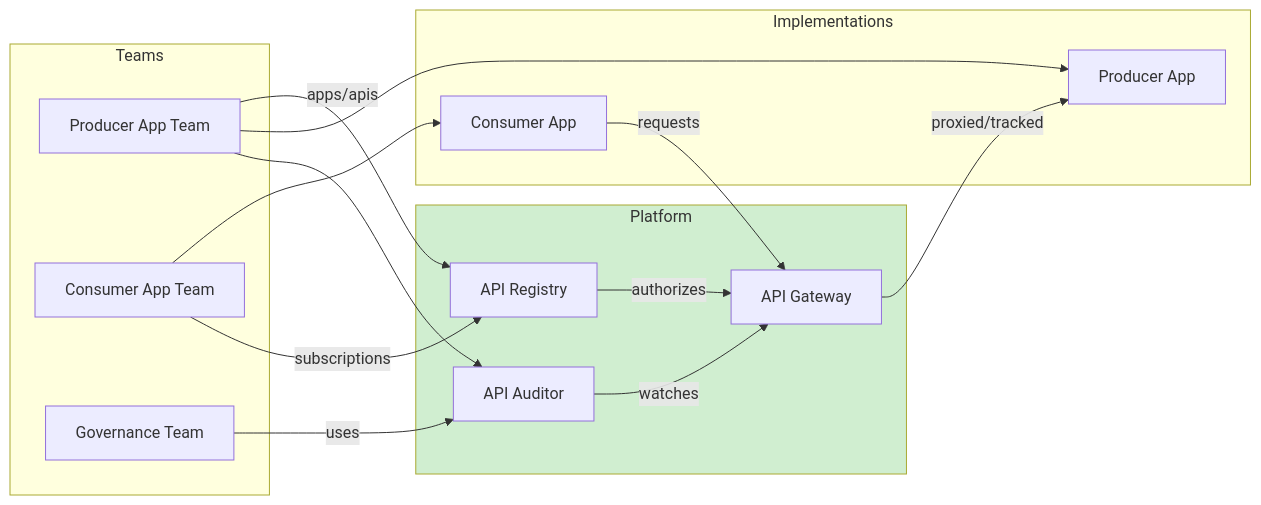
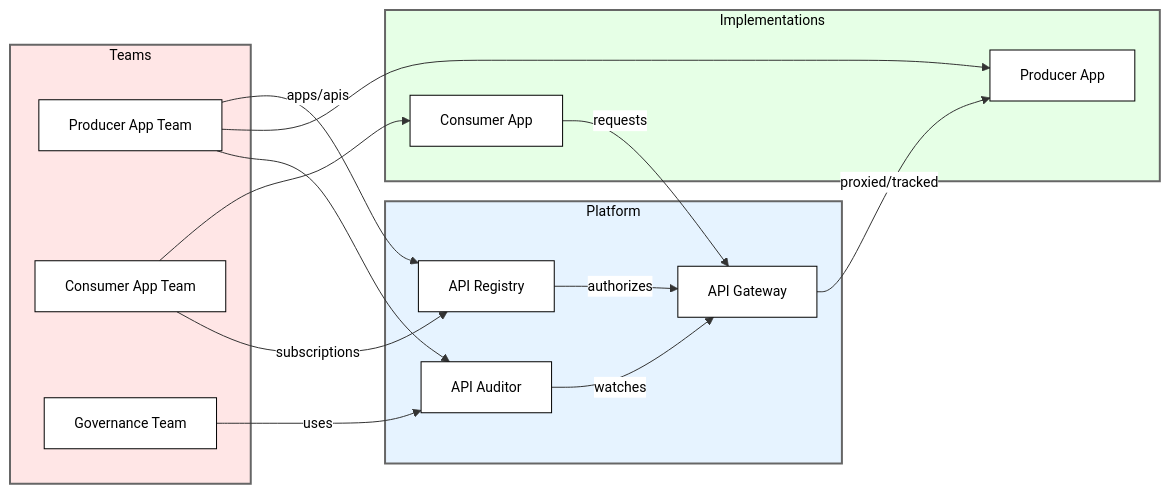
The diagram in application-plan/README.md (barbecuesteve/api-governance), drawn with Mermaid before and after one commit.

```diff
--- a/application-plan/README.md
+++ b/application-plan/README.md
@@ -119,33 +119,36 @@
 <pre class="mermaid">
+%%{init: {'theme':'base', 'themeVariables': { 'primaryColor':'#fff','primaryTextColor':'#000','primaryBorderColor':'#000','lineColor':'#333','fontSize':'14px'}}}%%
 flowchart LR
-    subgraph Teams
+    subgraph Teams["Teams"]
         TeamP[Producer App Team]
         TeamC[Consumer App Team]
         Admin[Governance Team]
     end
 
-    subgraph Platform
+    subgraph Platform["Platform"]
         Registry[API Registry]
         Gateway[API Gateway]
         Auditor[API Auditor]
     end
 
-    subgraph Implementations
+    subgraph Implementations["Implementations"]
         AppC[Consumer App]
         AppP[Producer App]
     end
 
     Registry -->|authorizes| Gateway
     Gateway -->|proxied/tracked| AppP
     AppC -->|requests| Gateway
     TeamP -->|apps/apis| Registry
     TeamP --> AppP
     TeamC --> AppC
     TeamC -->|subscriptions| Registry
     TeamP --> Auditor
     Admin -->|uses| Auditor
     Auditor -->|watches| Gateway
 
-    style Platform fill:#D0EED0
+    style Teams fill:#ffe6e6,stroke:#666,stroke-width:2px
+    style Platform fill:#e6f3ff,stroke:#666,stroke-width:2px
+    style Implementations fill:#e6ffe6,stroke:#666,stroke-width:2px
 
 </pre>
```
